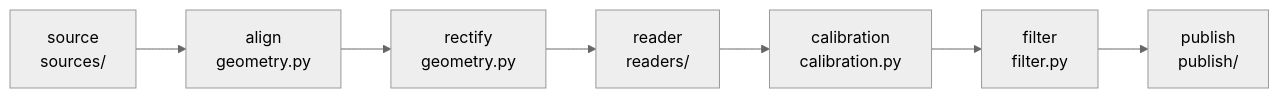
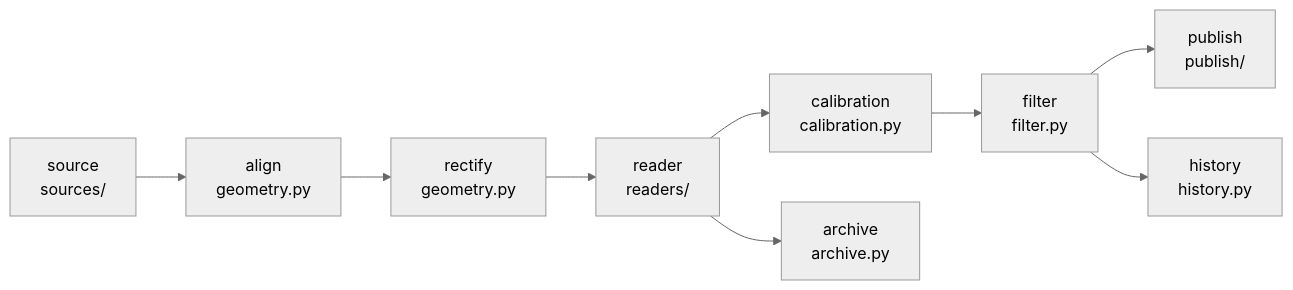
The diagram in CLAUDE.md (icooper/oiltank), drawn with Mermaid (neutral theme) before and after one commit. The commit also changed other lines of this file and 5 other files, not shown here.

````diff
--- a/CLAUDE.md
+++ b/CLAUDE.md
@@ -45,6 +48,8 @@
 ```mermaid
 flowchart LR
     source["source<br/>sources/"] --> align["align<br/>geometry.py"] --> rectify["rectify<br/>geometry.py"]
     rectify --> reader["reader<br/>readers/"] --> calibration["calibration<br/>calibration.py"]
     calibration --> filter["filter<br/>filter.py"] --> publish["publish<br/>publish/"]
+    filter --> history["history<br/>history.py"]
+    reader --> archive["archive<br/>archive.py"]
 ```
````
